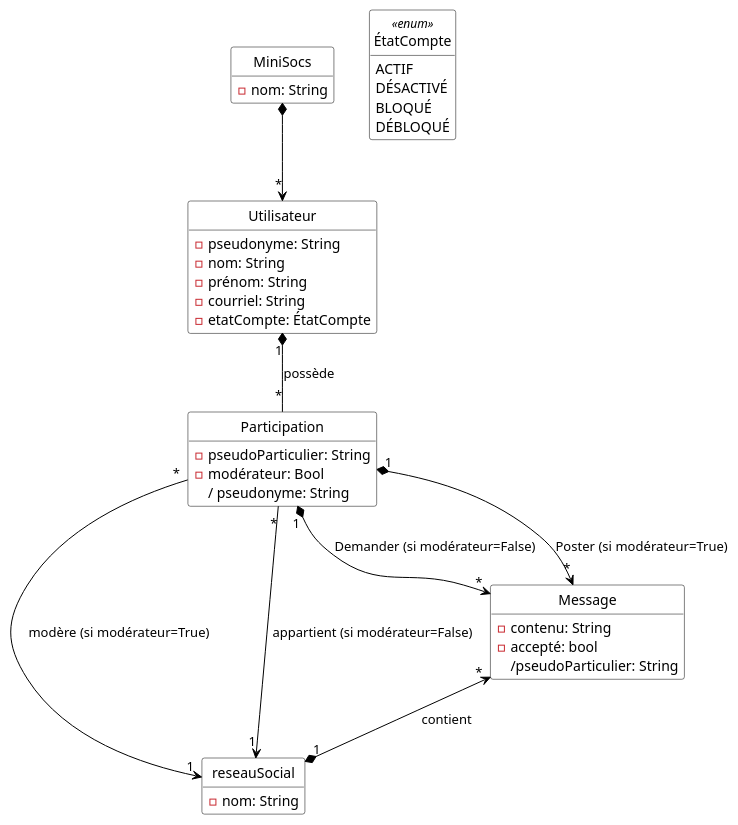
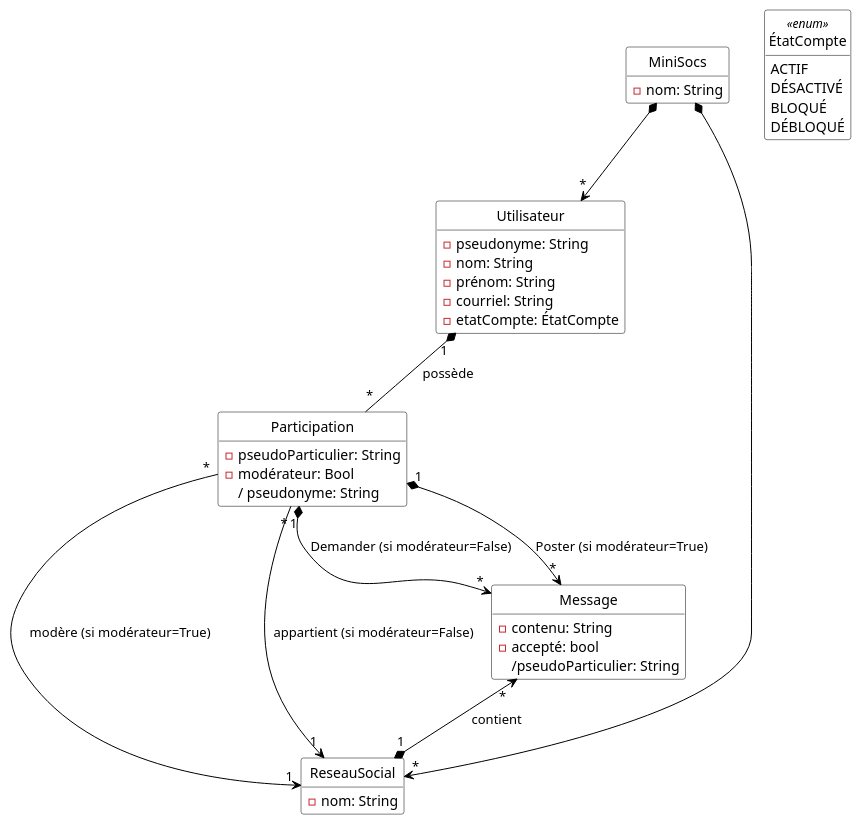
Before and after one commit to lukalafaye/MiniSocs: the diagram in Diagrammes/minisocs_uml_diag_classes_sans_notif.pu, drawn with PlantUML. The commit also changed 9 other files, not shown here.

Commit message:
Diagrammes sequence

```diff
--- a/Diagrammes/minisocs_uml_diag_classes_sans_notif.pu
+++ b/Diagrammes/minisocs_uml_diag_classes_sans_notif.pu
@@ -1,60 +1,61 @@
 @startuml
 
 'Diagramme de classes (PlantUML)'
 
 'Configuration charte graphique'
 hide empty methods
 hide circle
 skinparam class {
   BackgroundColor White
   ArrowColor Black
   BorderColor Black
 }
 
 'Classes, énumérations, etc.'
 class MiniSocs {
   - nom: String
 }
 
 class Utilisateur {
   - pseudonyme: String
   - nom: String
   - prénom: String
   - courriel: String
   - etatCompte: ÉtatCompte
 }
 enum ÉtatCompte <<enum>> {
   ACTIF
   DÉSACTIVÉ
   BLOQUÉ
   DÉBLOQUÉ
 }
 
 class Participation {
   - pseudoParticulier: String
   - modérateur: Bool
   / pseudonyme: String
 }
 
-class reseauSocial {
+class ReseauSocial {
   - nom: String
 }
 
 class Message {
   - contenu: String
   - accepté: bool
   /pseudoParticulier: String
 }
 
 'Associations, etc.'
 MiniSocs *--> "*" Utilisateur
 Utilisateur "1" *-- "*" Participation: possède
-Participation "*" --> "1" reseauSocial: modère (si modérateur=True)
-Participation "*" --> "1" reseauSocial: appartient (si modérateur=False)
+Participation "*" --> "1" ReseauSocial: modère (si modérateur=True)
+Participation "*" --> "1" ReseauSocial: appartient (si modérateur=False)
 Participation "1" *--> "*" Message: Demander (si modérateur=False)
 Participation "1" *--> "*" Message: Poster (si modérateur=True)
-Message "*" <--* "1" reseauSocial: contient
+Message "*" <--* "1" ReseauSocial: contient
+MiniSocs *--> "*" ReseauSocial
 
 'Au besoin, aides pour le positionnement'
 
 @enduml
```
